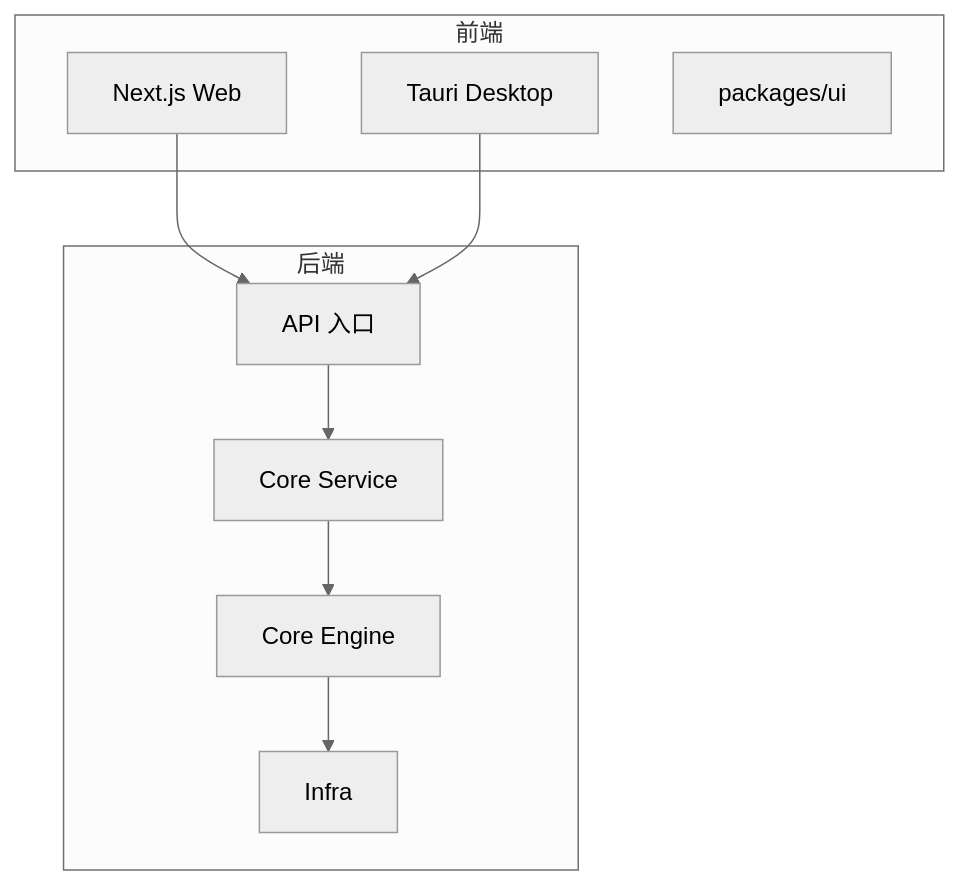
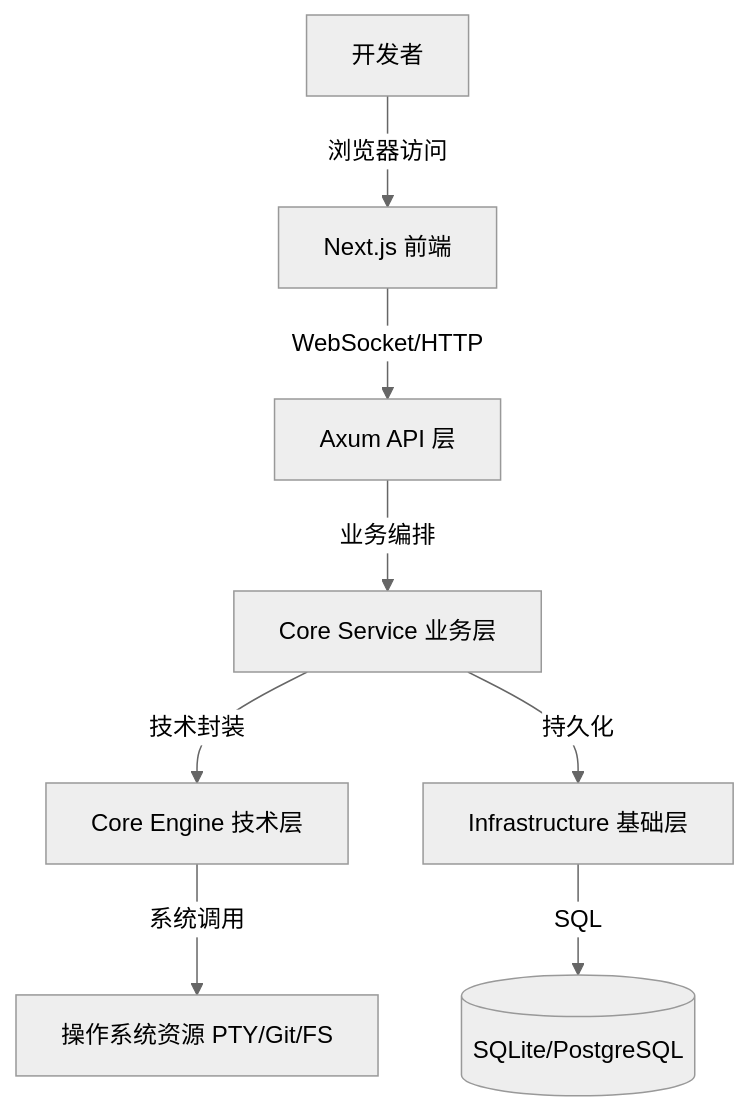
One commit to AruNi-01/atmos changed the first of 2 diagrams in .atmos/wiki/getting-started/overview.md. Above: the diagram before and after it, drawn with Mermaid (neutral theme). The commit also changed other lines of this file and 49 other files, not shown here.

````diff
--- a/.atmos/wiki/getting-started/overview.md
+++ b/.atmos/wiki/getting-started/overview.md
@@ -27,19 +72,10 @@
 ```mermaid
-graph TB
-    subgraph 前端
-        Web[Next.js Web]
-        Desktop[Tauri Desktop]
-        UI[packages/ui]
-    end
-
-    subgraph 后端
-        API[API 入口]
-        L3[Core Service]
-        L2[Core Engine]
-        L1[Infra]
-    end
-
-    Web --> API
-    Desktop --> API
-    API --> L3 --> L2 --> L1
+graph TD
+    User[开发者] -->|浏览器访问| Frontend[Next.js 前端]
+    Frontend -->|WebSocket/HTTP| API[Axum API 层]
+    API -->|业务编排| Service[Core Service 业务层]
+    Service -->|技术封装| Engine[Core Engine 技术层]
+    Service -->|持久化| Infra[Infrastructure 基础层]
+    Engine -->|系统调用| OS[操作系统资源 PTY/Git/FS]
+    Infra -->|SQL| DB[(SQLite/PostgreSQL)]
 ```
````
